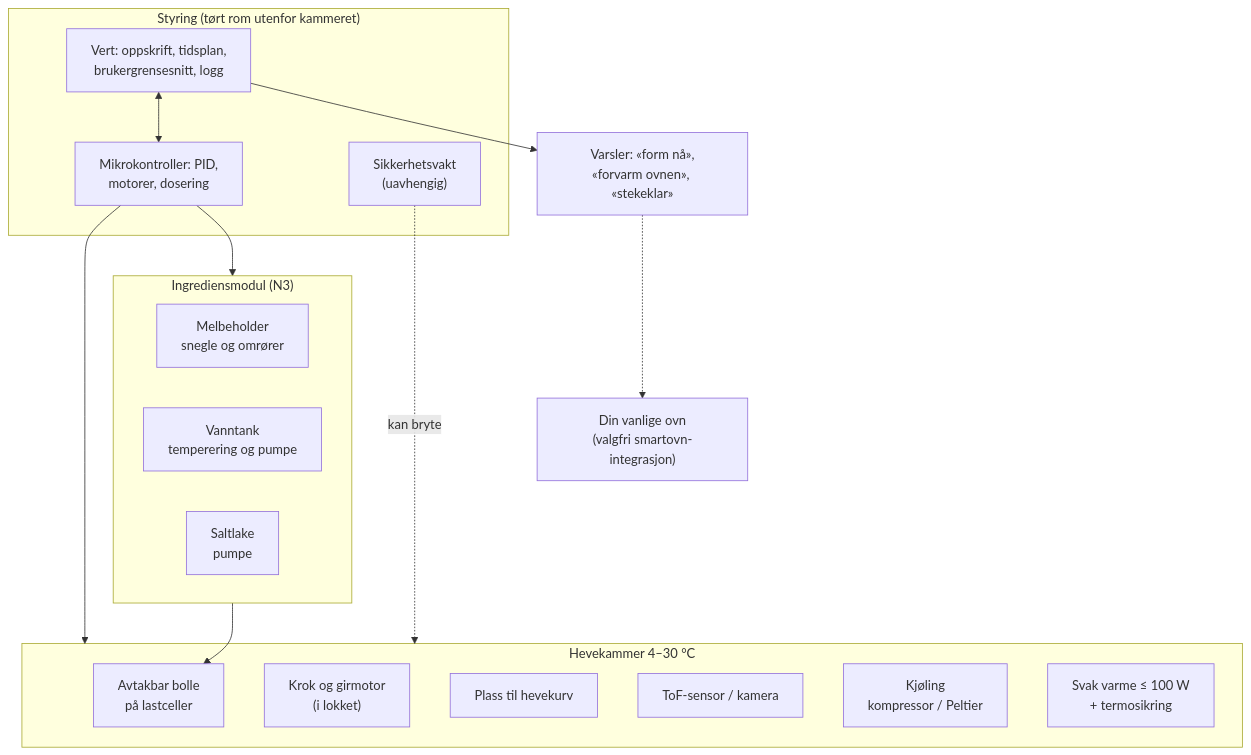
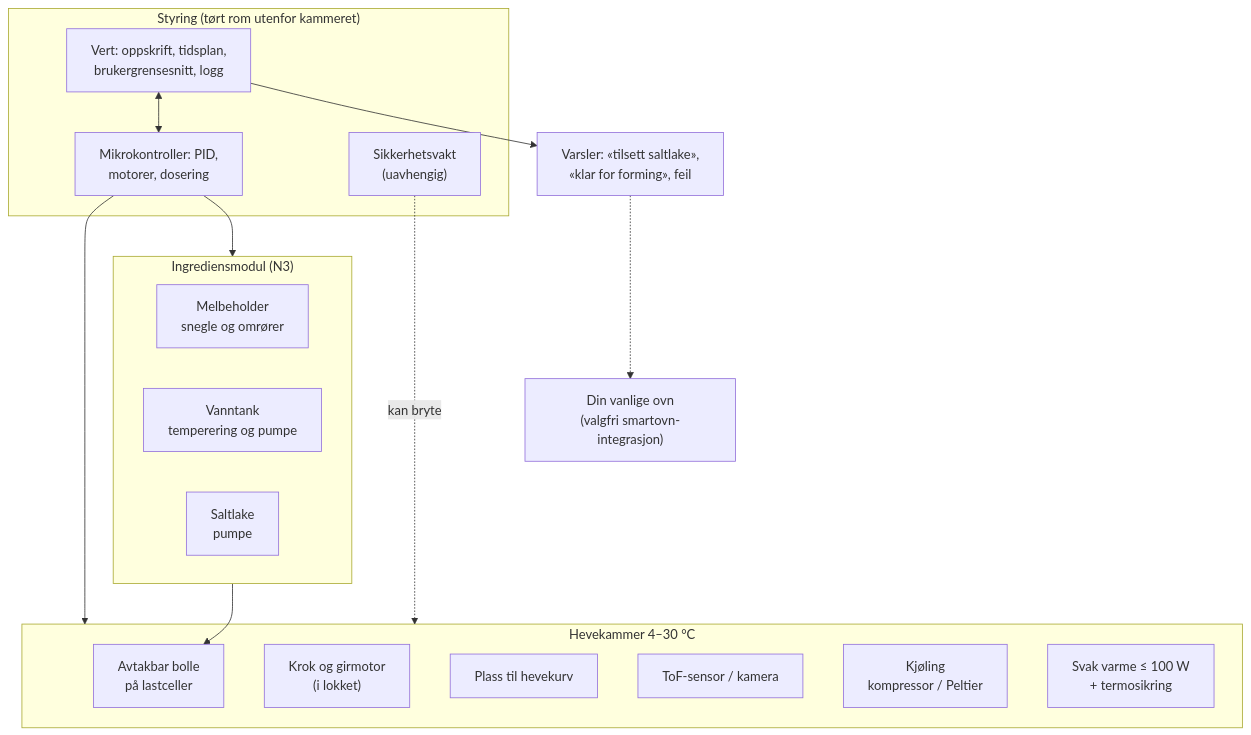
Before and after one commit to erikhafnor/surdeigsbaker: the first of 3 diagrams in docs/07-arkitektur.md, drawn with Mermaid. The commit also changed other lines of this file and 106 other files, not shown here.

````diff
--- a/docs/07-arkitektur.md
+++ b/docs/07-arkitektur.md
@@ -7,30 +9,30 @@
 ```mermaid
 flowchart TB
   subgraph ING["Ingrediensmodul (N3)"]
     MEL["Melbeholder<br/>snegle og omrører"]
     VANN["Vanntank<br/>temperering og pumpe"]
     LAKE["Saltlake<br/>pumpe"]
   end
   subgraph KAM["Hevekammer 4–30 °C"]
     BOLLE["Avtakbar bolle<br/>på lastceller"]
     KROK["Krok og girmotor<br/>(i lokket)"]
     KURV["Plass til hevekurv"]
     TOF["ToF-sensor / kamera"]
     KJOL["Kjøling<br/>kompressor / Peltier"]
     VARME["Svak varme ≤ 100 W<br/>+ termosikring"]
   end
   subgraph CTRL["Styring (tørt rom utenfor kammeret)"]
     HOST["Vert: oppskrift, tidsplan,<br/>brukergrensesnitt, logg"]
     MCU["Mikrokontroller: PID,<br/>motorer, dosering"]
     SAFE["Sikkerhetsvakt<br/>(uavhengig)"]
   end
-  VARSEL["Varsler: «form nå»,<br/>«forvarm ovnen», «stekeklar»"]
+  VARSEL["Varsler: «tilsett saltlake»,<br/>«klar for forming», feil"]
   OVN["Din vanlige ovn<br/>(valgfri smartovn-integrasjon)"]
   ING --> BOLLE
   HOST <--> MCU
   MCU --> KAM
   MCU --> ING
   HOST --> VARSEL
   VARSEL -.-> OVN
   SAFE -. kan bryte .-> KAM
 ```
````
